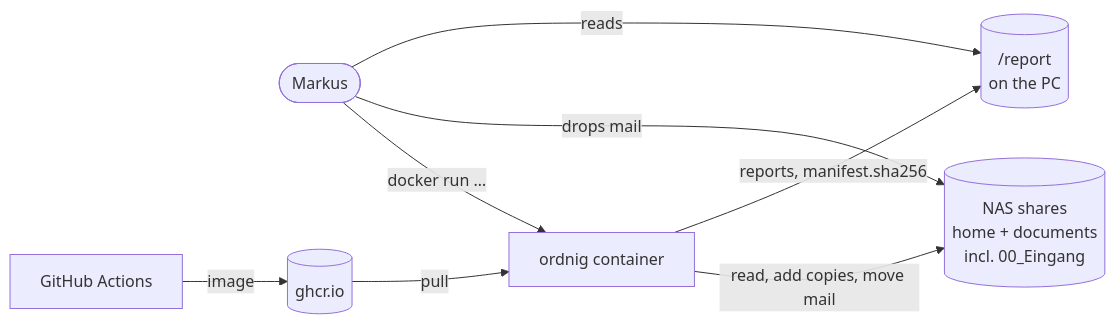
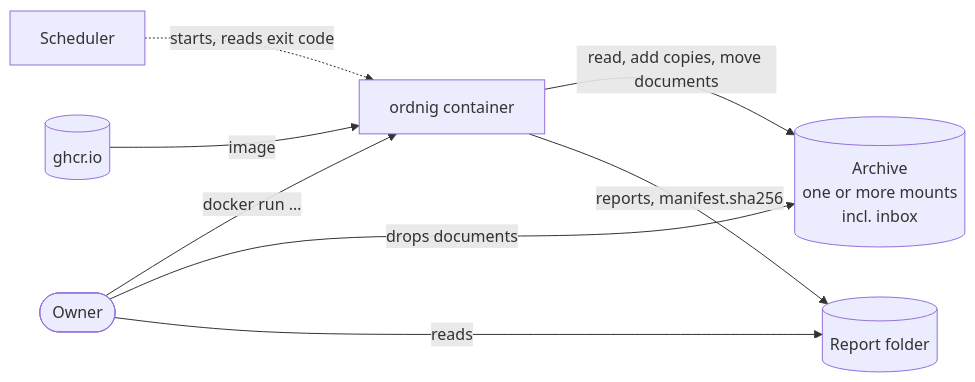
Before and after one commit to Tiliavir/ordnig: the diagram in docs/arc42/03-context-and-scope.md, drawn with Mermaid. The commit also changed other lines of this file and 18 other files, not shown here.

````diff
--- a/docs/arc42/03-context-and-scope.md
+++ b/docs/arc42/03-context-and-scope.md
@@ -3,10 +3,10 @@
 ```mermaid
 flowchart LR
-    M([Markus]) -- "docker run …" --> O[ordnig container]
-    O -- "read, add copies, move mail" --> A[(NAS shares\nhome + documents\nincl. 00_Eingang)]
-    O -- "reports, manifest.sha256" --> R[(/report\non the PC)]
-    M -- "drops mail" --> A
-    M -- "reads" --> R
-    GH[GitHub Actions] -- "image" --> REG[(ghcr.io)]
-    REG -- "pull" --> O
+    U([Owner]) -- "docker run …" --> O[ordnig container]
+    O -- "read, add copies, move documents" --> A[(Archive\none or more mounts\nincl. inbox)]
+    O -- "reports, manifest.sha256" --> R[(Report folder)]
+    U -- "drops documents" --> A
+    U -- "reads" --> R
+    S[Scheduler] -. "starts, reads exit code" .-> O
+    REG[(ghcr.io)] -- "image" --> O
 ```
````
